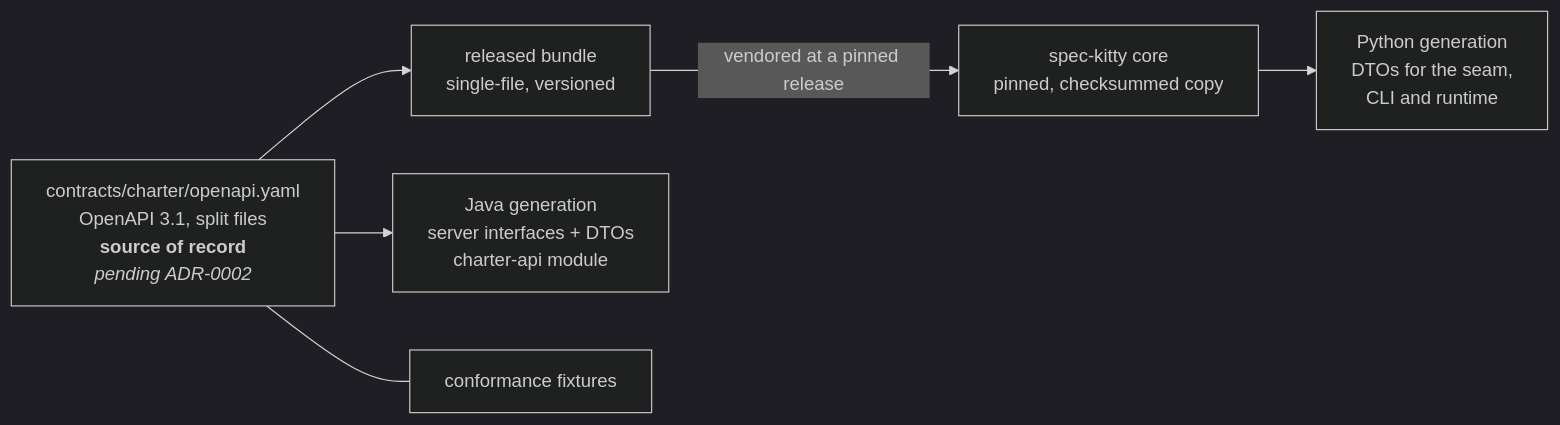
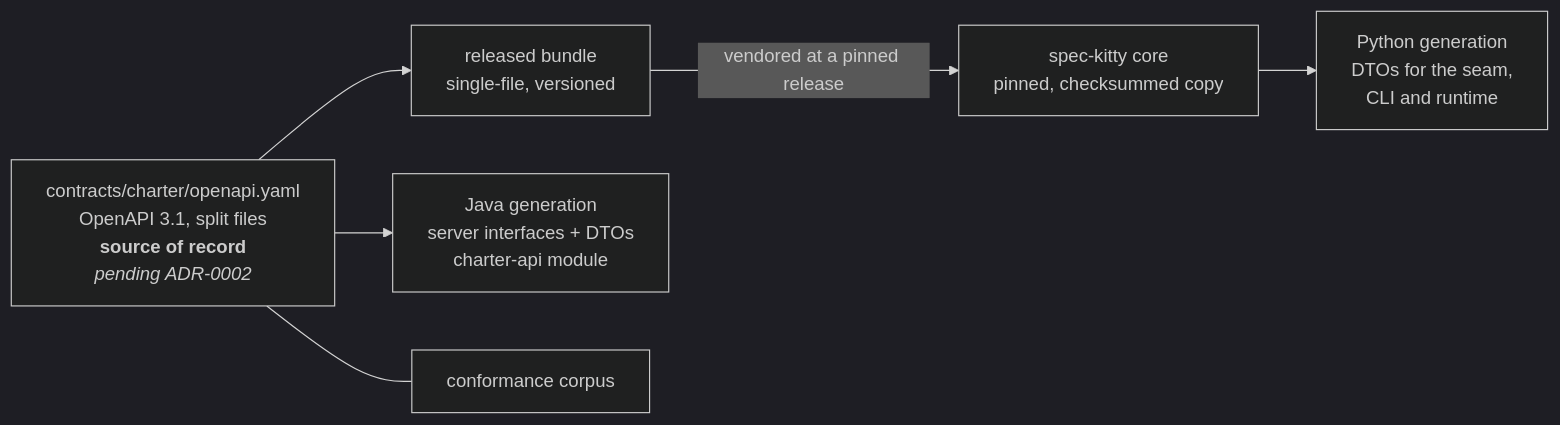
The diagram in docs/architecture/contract-and-dtos.md (spec-kitty/spec-kitty-charter), drawn with Mermaid (dark theme) before and after one commit. The commit also changed other lines of this file and 22 other files, not shown here.

````diff
--- a/docs/architecture/contract-and-dtos.md
+++ b/docs/architecture/contract-and-dtos.md
@@ -26,15 +26,15 @@
 ```mermaid
 flowchart LR
   spec["contracts/charter/openapi.yaml<br/>OpenAPI 3.1, split files<br/><b>source of record</b><br/><i>pending ADR-0002</i>"]
   bundle["released bundle<br/>single-file, versioned"]
   javagen["Java generation<br/>server interfaces + DTOs<br/>charter-api module"]
   core["spec-kitty core<br/>pinned, checksummed copy"]
   pygen["Python generation<br/>DTOs for the seam,<br/>CLI and runtime"]
-  fixtures["conformance fixtures"]
+  fixtures["conformance corpus"]
 
   spec --> bundle
   spec --> javagen
   bundle -->|vendored at a pinned release| core
   core --> pygen
   spec --- fixtures
 ```
````
